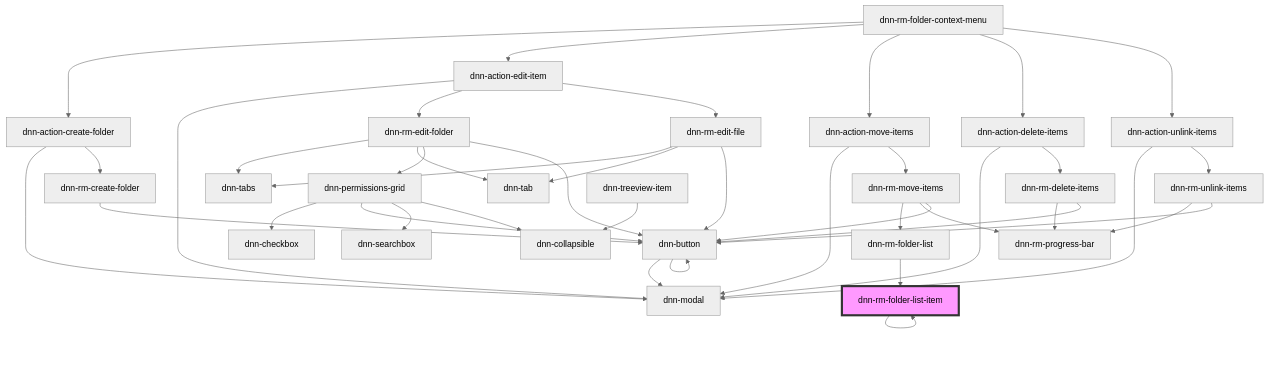
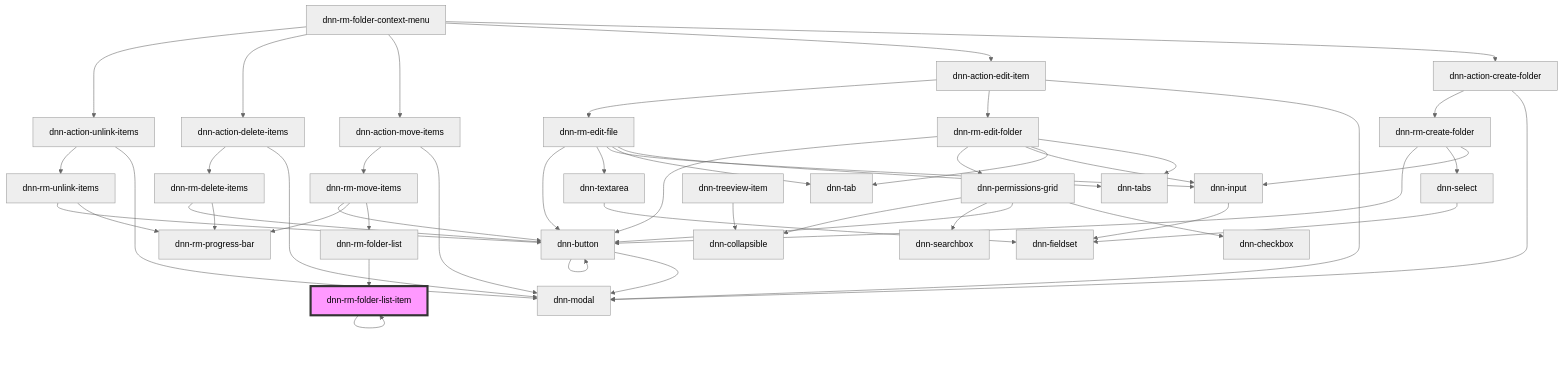
Before and after one commit to dnnsoftware/Dnn.Platform: the diagram in DNN Platform/Modules/ResourceManager/ResourceManager.Web/src/components/dnn-rm-folder-list-item/readme.md, drawn with Mermaid (neutral theme). The commit also changed 44 other files, not shown here.

````diff
--- a/DNN Platform/Modules/ResourceManager/ResourceManager.Web/src/components/dnn-rm-folder-list-item/readme.md
+++ b/DNN Platform/Modules/ResourceManager/ResourceManager.Web/src/components/dnn-rm-folder-list-item/readme.md
@@ -41,44 +41,52 @@
 ```mermaid
 graph TD;
   dnn-rm-folder-list-item --> dnn-rm-folder-list-item
   dnn-rm-folder-context-menu --> dnn-action-create-folder
   dnn-rm-folder-context-menu --> dnn-action-edit-item
   dnn-rm-folder-context-menu --> dnn-action-move-items
   dnn-rm-folder-context-menu --> dnn-action-delete-items
   dnn-rm-folder-context-menu --> dnn-action-unlink-items
   dnn-action-create-folder --> dnn-modal
   dnn-action-create-folder --> dnn-rm-create-folder
+  dnn-rm-create-folder --> dnn-input
+  dnn-rm-create-folder --> dnn-select
   dnn-rm-create-folder --> dnn-button
+  dnn-input --> dnn-fieldset
+  dnn-select --> dnn-fieldset
   dnn-button --> dnn-modal
   dnn-button --> dnn-button
   dnn-action-edit-item --> dnn-modal
   dnn-action-edit-item --> dnn-rm-edit-folder
   dnn-action-edit-item --> dnn-rm-edit-file
   dnn-rm-edit-folder --> dnn-tabs
   dnn-rm-edit-folder --> dnn-tab
+  dnn-rm-edit-folder --> dnn-input
   dnn-rm-edit-folder --> dnn-permissions-grid
   dnn-rm-edit-folder --> dnn-button
   dnn-permissions-grid --> dnn-checkbox
   dnn-permissions-grid --> dnn-button
   dnn-permissions-grid --> dnn-searchbox
   dnn-permissions-grid --> dnn-collapsible
   dnn-rm-edit-file --> dnn-tabs
   dnn-rm-edit-file --> dnn-tab
+  dnn-rm-edit-file --> dnn-input
+  dnn-rm-edit-file --> dnn-textarea
   dnn-rm-edit-file --> dnn-button
+  dnn-textarea --> dnn-fieldset
   dnn-action-move-items --> dnn-modal
   dnn-action-move-items --> dnn-rm-move-items
   dnn-rm-move-items --> dnn-rm-folder-list
   dnn-rm-move-items --> dnn-rm-progress-bar
   dnn-rm-move-items --> dnn-button
   dnn-rm-folder-list --> dnn-rm-folder-list-item
   dnn-action-delete-items --> dnn-modal
   dnn-action-delete-items --> dnn-rm-delete-items
   dnn-rm-delete-items --> dnn-rm-progress-bar
   dnn-rm-delete-items --> dnn-button
   dnn-action-unlink-items --> dnn-modal
   dnn-action-unlink-items --> dnn-rm-unlink-items
   dnn-rm-unlink-items --> dnn-rm-progress-bar
   dnn-rm-unlink-items --> dnn-button
   dnn-treeview-item --> dnn-collapsible
   style dnn-rm-folder-list-item fill:#f9f,stroke:#333,stroke-width:4px
 ```
````
